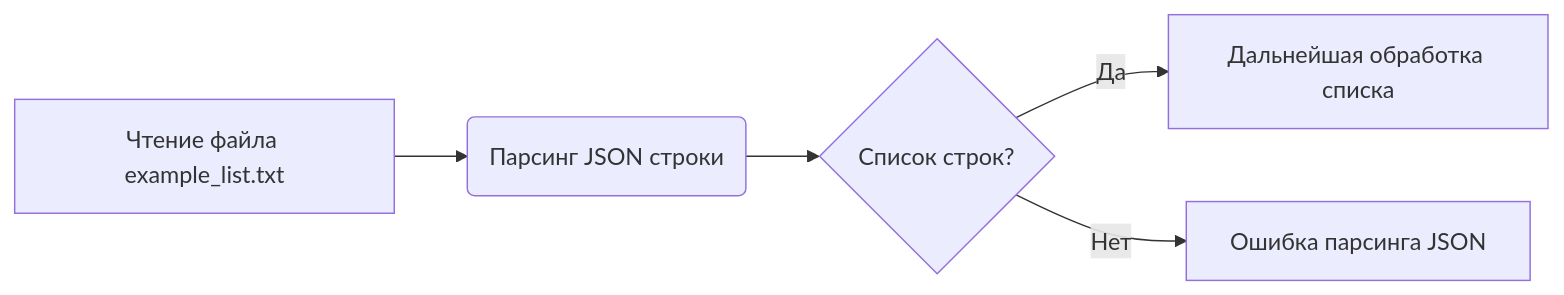
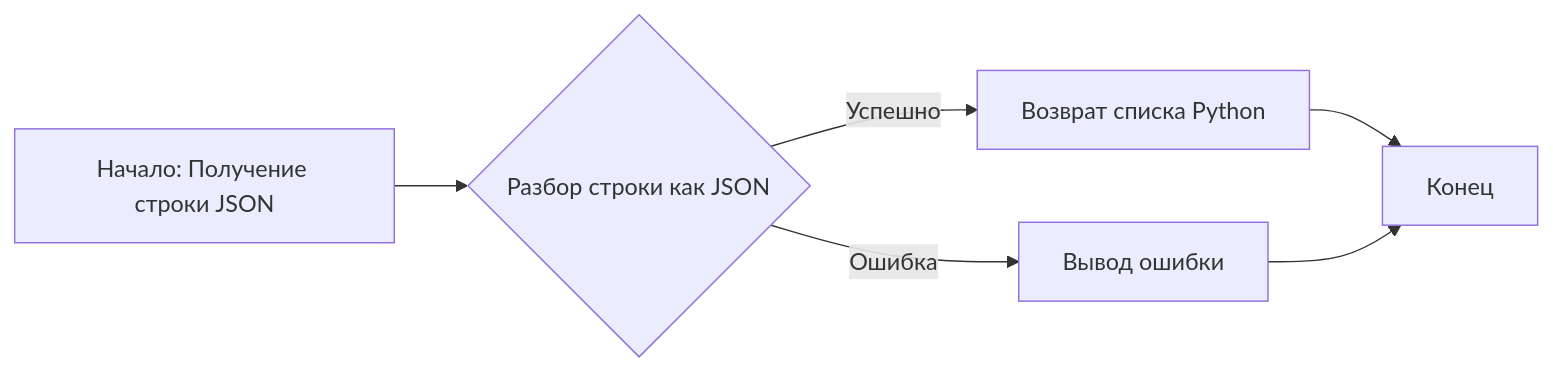
Before and after one commit to hypo69/hypo: the first of 2 diagrams in docs/gemini/ru/explainer/src/utils/powershell/examples/pprint/example_list.txt.md, drawn with Mermaid. The commit also changed other lines of this file and 1300 other files, not shown here.

````diff
--- a/docs/gemini/ru/explainer/src/utils/powershell/examples/pprint/example_list.txt.md
+++ b/docs/gemini/ru/explainer/src/utils/powershell/examples/pprint/example_list.txt.md
@@ -27,7 +24,8 @@
 ```mermaid
 graph LR
-    A[Чтение файла example_list.txt] --> B(Парсинг JSON строки)
-    B --> C{Список строк?}
-    C -- Да --> D[Дальнейшая обработка списка]
-    C -- Нет --> E[Ошибка парсинга JSON]
+    A[Начало: Получение строки JSON] --> B{Разбор строки как JSON}
+    B -- Успешно --> C[Возврат списка Python]
+    B -- Ошибка --> D[Вывод ошибки]
+    C --> E[Конец]
+    D --> E
 ```
````
